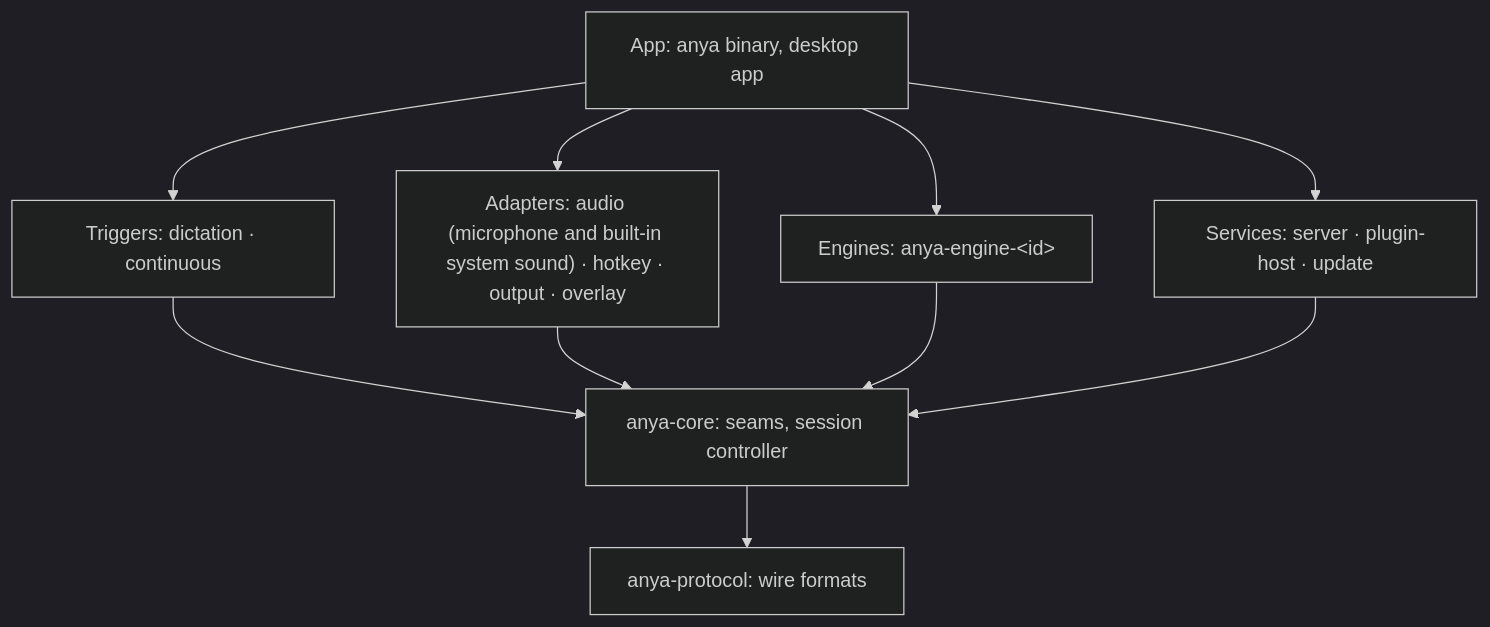
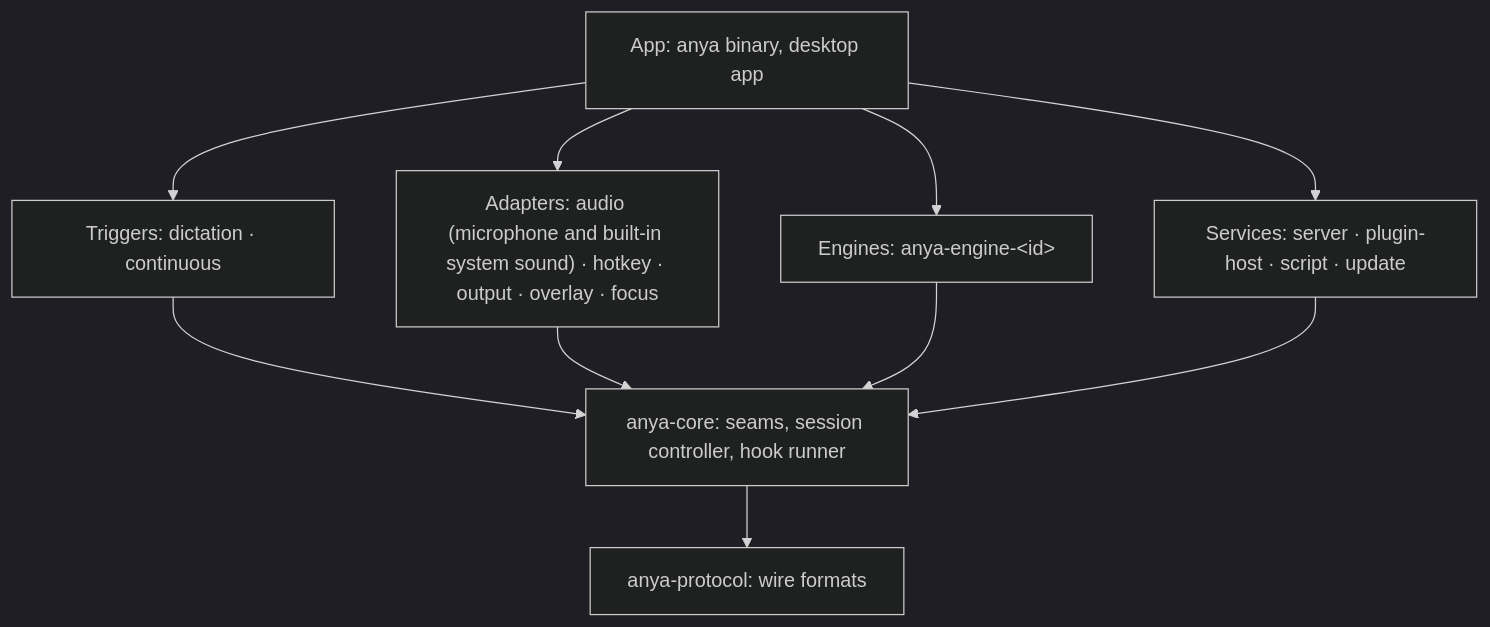
Before and after one commit to wakaka6/anya: the diagram in ARCHITECTURE.md, drawn with Mermaid (dark theme). The commit also changed other lines of this file and 94 other files, not shown here.

````diff
--- a/ARCHITECTURE.md
+++ b/ARCHITECTURE.md
@@ -7,12 +7,12 @@
 ```mermaid
 flowchart TB
   App["App: anya binary, desktop app"]
   Trigger["Triggers: dictation · continuous"]
-  Adapter["Adapters: audio (microphone and built-in system sound) · hotkey · output · overlay"]
+  Adapter["Adapters: audio (microphone and built-in system sound) · hotkey · output · overlay · focus"]
   Engine["Engines: anya-engine-&lt;id&gt;"]
-  Service["Services: server · plugin-host · update"]
-  Core["anya-core: seams, session controller"]
+  Service["Services: server · plugin-host · script · update"]
+  Core["anya-core: seams, session controller, hook runner"]
   Protocol["anya-protocol: wire formats"]
   App --> Trigger & Adapter & Engine & Service
   Trigger & Adapter & Engine & Service --> Core --> Protocol
 ```
````
